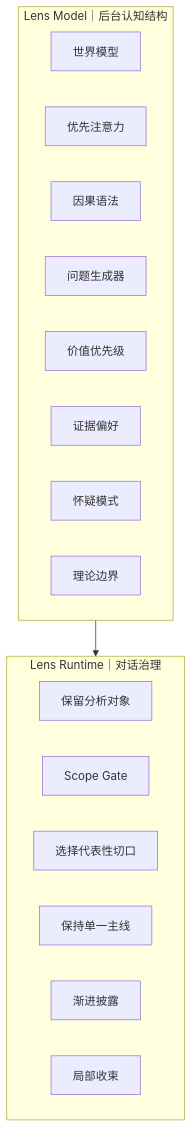
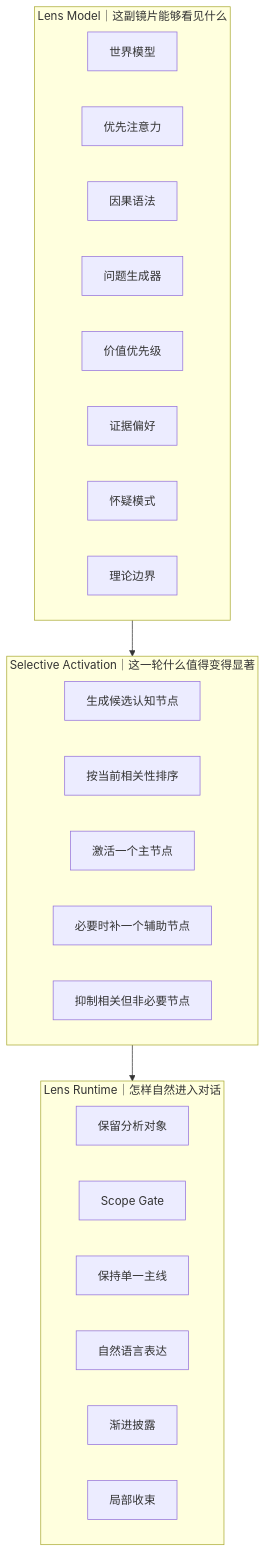
The second of 2 diagrams in README.zh-CN.md (cloud-flow-high/cognitive-lenses), drawn with Mermaid before and after one commit. The commit also changed other lines of this file, not shown here.

````diff
--- a/README.zh-CN.md
+++ b/README.zh-CN.md
@@ -93,24 +108,32 @@
 ```mermaid
 flowchart TB
-    subgraph MODEL["Lens Model｜后台认知结构"]
+    subgraph MODEL["Lens Model｜这副镜片能够看见什么"]
         M1["世界模型"]
         M2["优先注意力"]
         M3["因果语法"]
         M4["问题生成器"]
         M5["价值优先级"]
         M6["证据偏好"]
         M7["怀疑模式"]
         M8["理论边界"]
     end
 
-    subgraph RUNTIME["Lens Runtime｜对话治理"]
+    subgraph ACTIVE["Selective Activation｜这一轮什么值得变得显著"]
+        A1["生成候选认知节点"]
+        A2["按当前相关性排序"]
+        A3["激活一个主节点"]
+        A4["必要时补一个辅助节点"]
+        A5["抑制相关但非必要节点"]
+    end
+
+    subgraph RUNTIME["Lens Runtime｜怎样自然进入对话"]
         R1["保留分析对象"]
         R2["Scope Gate"]
-        R3["选择代表性切口"]
-        R4["保持单一主线"]
+        R3["保持单一主线"]
+        R4["自然语言表达"]
         R5["渐进披露"]
         R6["局部收束"]
     end
 
-    MODEL --> RUNTIME
+    MODEL --> ACTIVE --> RUNTIME
 ```
````
